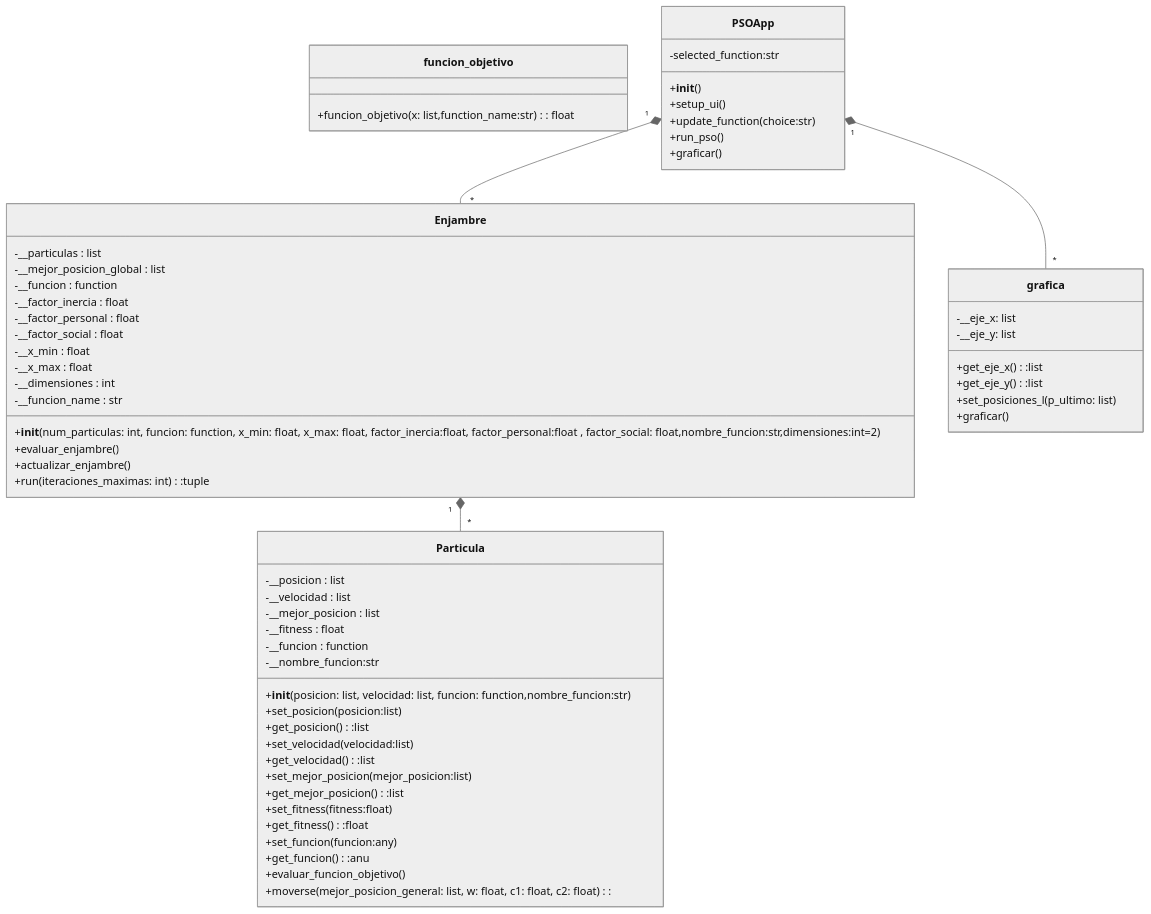
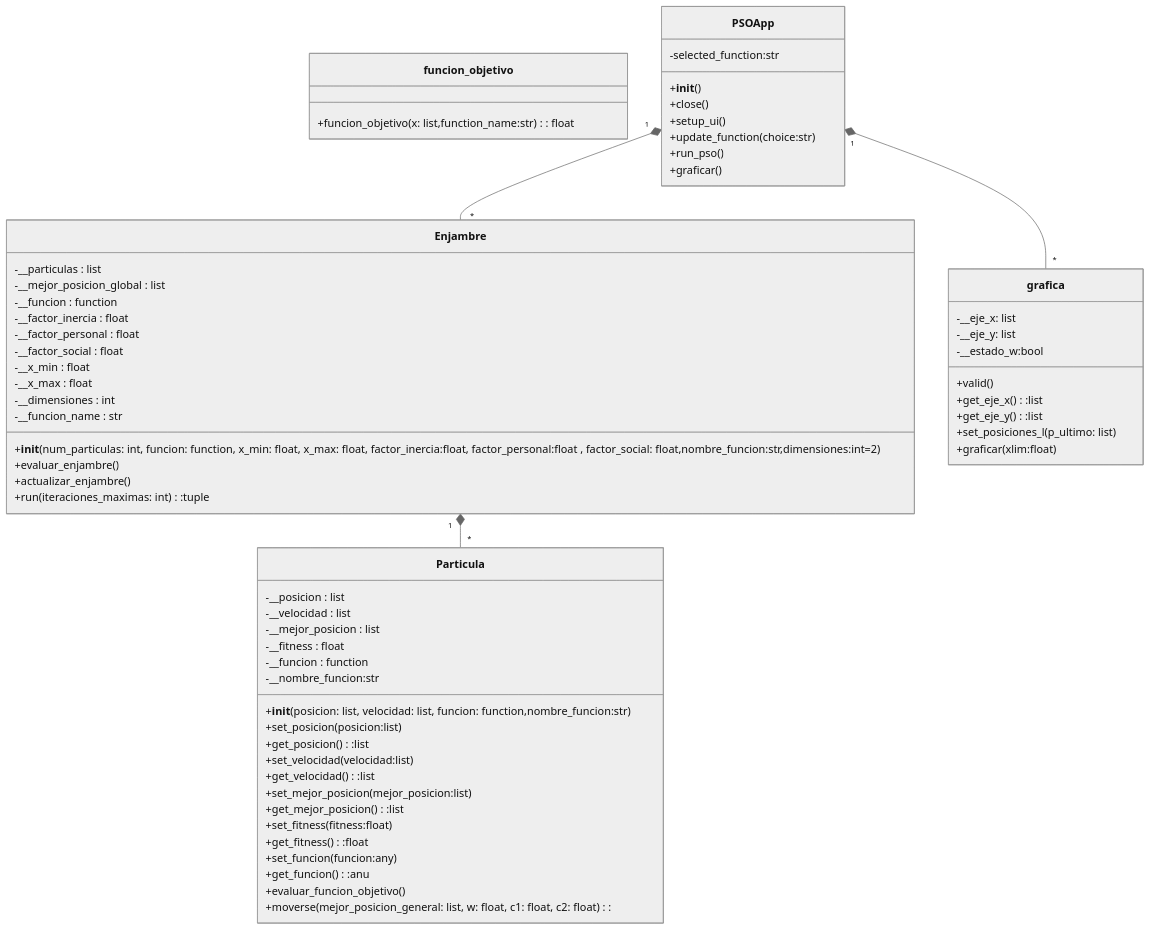
Before and after one commit to PedroCastiblanco/Proyecto_poo: the diagram in README.md, drawn with Mermaid (neutral theme).

````diff
--- a/README.md
+++ b/README.md
@@ -32,66 +32,69 @@
 ```mermaid
 classDiagram
     class Particula {
         -__posicion : list
         -__velocidad : list
         -__mejor_posicion : list
         -__fitness : float
         -__funcion : function
         -__nombre_funcion:str
         +__init__(posicion: list, velocidad: list, funcion: function,nombre_funcion:str)
         +set_posicion(posicion:list)
         +get_posicion():list
         +set_velocidad(velocidad:list)
         +get_velocidad():list
         +set_mejor_posicion(mejor_posicion:list)
         +get_mejor_posicion():list
         +set_fitness(fitness:float)
         +get_fitness():float
         +set_funcion(funcion:any)
         +get_funcion():anu
         +evaluar_funcion_objetivo() 
         +moverse(mejor_posicion_general: list, w: float, c1: float, c2: float) : 
     }
 
     class Enjambre {
         -__particulas : list
         -__mejor_posicion_global : list
         -__funcion : function
         -__factor_inercia : float
         -__factor_personal : float
         -__factor_social : float
         -__x_min : float
         -__x_max : float
         -__dimensiones : int
         -__funcion_name : str
         +__init__(num_particulas: int, funcion: function, x_min: float, x_max: float, factor_inercia:float, factor_personal:float , factor_social: float,nombre_funcion:str,dimensiones:int=2)
         +evaluar_enjambre()  
         +actualizar_enjambre()  
         +run(iteraciones_maximas: int) :tuple
     }
 
     class funcion_objetivo {
         +funcion_objetivo(x: list,function_name:str) : float
     }
 
     class grafica {
         -__eje_x: list 
-        -__eje_y: list 
+        -__eje_y: list
+        -__estado_w:bool
+        +valid()
         +get_eje_x():list
         +get_eje_y():list
         +set_posiciones_l(p_ultimo: list)
-        +graficar()
+        +graficar(xlim:float)
     }
     Enjambre "1"*--"*" Particula
     PSOApp "1"*--"*" Enjambre
     PSOApp "1"*--"*" grafica
 
     class PSOApp{
         -selected_function:str
         +__init__()
+        +close()
         +setup_ui()
         +update_function(choice:str)
         +run_pso()
         +graficar()
     }
 ```
````
